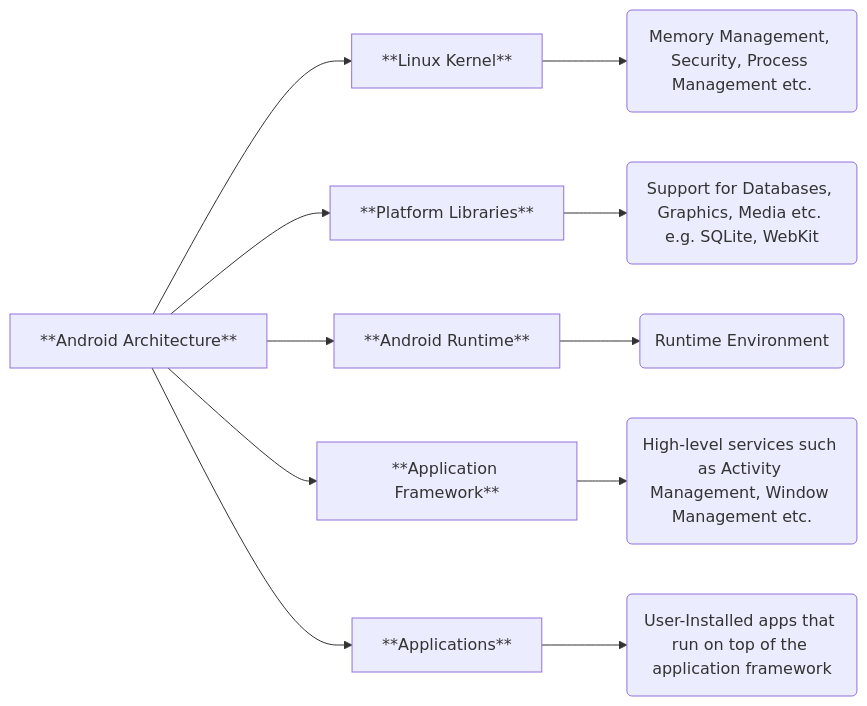
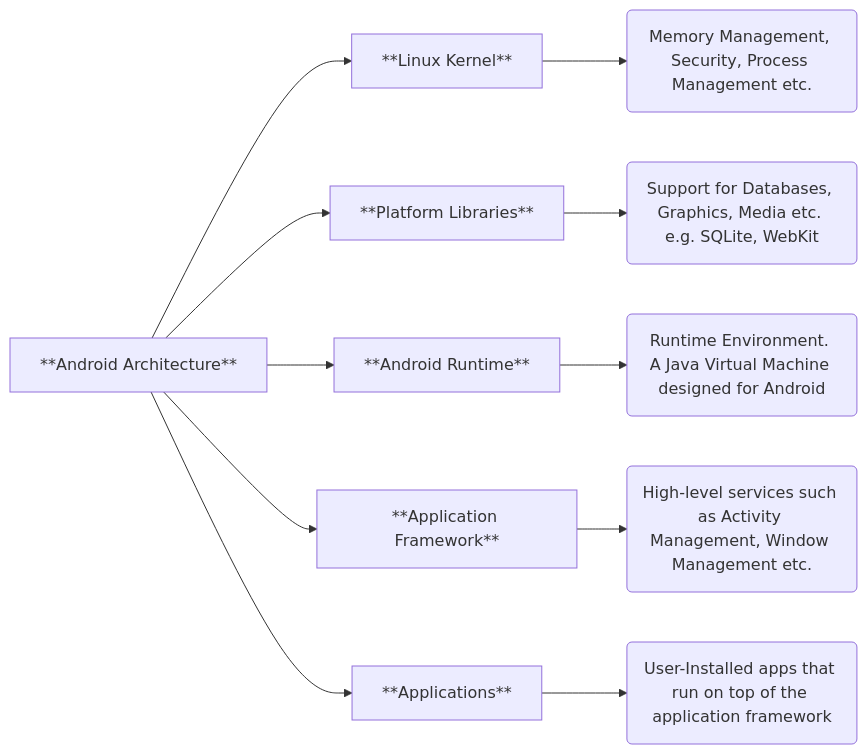
One commit to akshay-rajan/S3 changed the first of 2 diagrams in MAD/README.md. Above: the diagram before and after it, drawn with Mermaid.

Commit message:
Add explanation to android runtime

````diff
--- a/MAD/README.md
+++ b/MAD/README.md
@@ -6,13 +6,13 @@
 ```mermaid
 flowchart LR
     A[**Android Architecture**] --> B[**Linux Kernel**]
     A --> C[**Platform Libraries**]
     A --> D[**Android Runtime**]
     A --> E[**Application Framework**]
     A --> F[**Applications**]
     B --> G(Memory Management, Security, Process Management etc.)
     C --> H(Support for Databases, Graphics, Media etc. e.g. SQLite, WebKit)
-    D --> I(Runtime Environment)
+    D --> I(Runtime Environment. A Java Virtual Machine designed for Android)
     E --> J(High-level services such as Activity Management, Window Management etc.)
     F --> K(User-Installed apps that run on top of the application framework)
 ```
````
